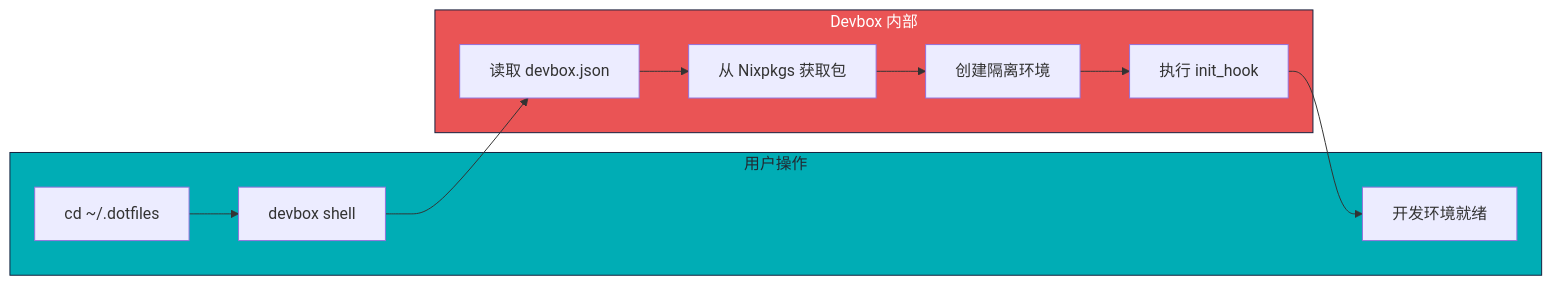
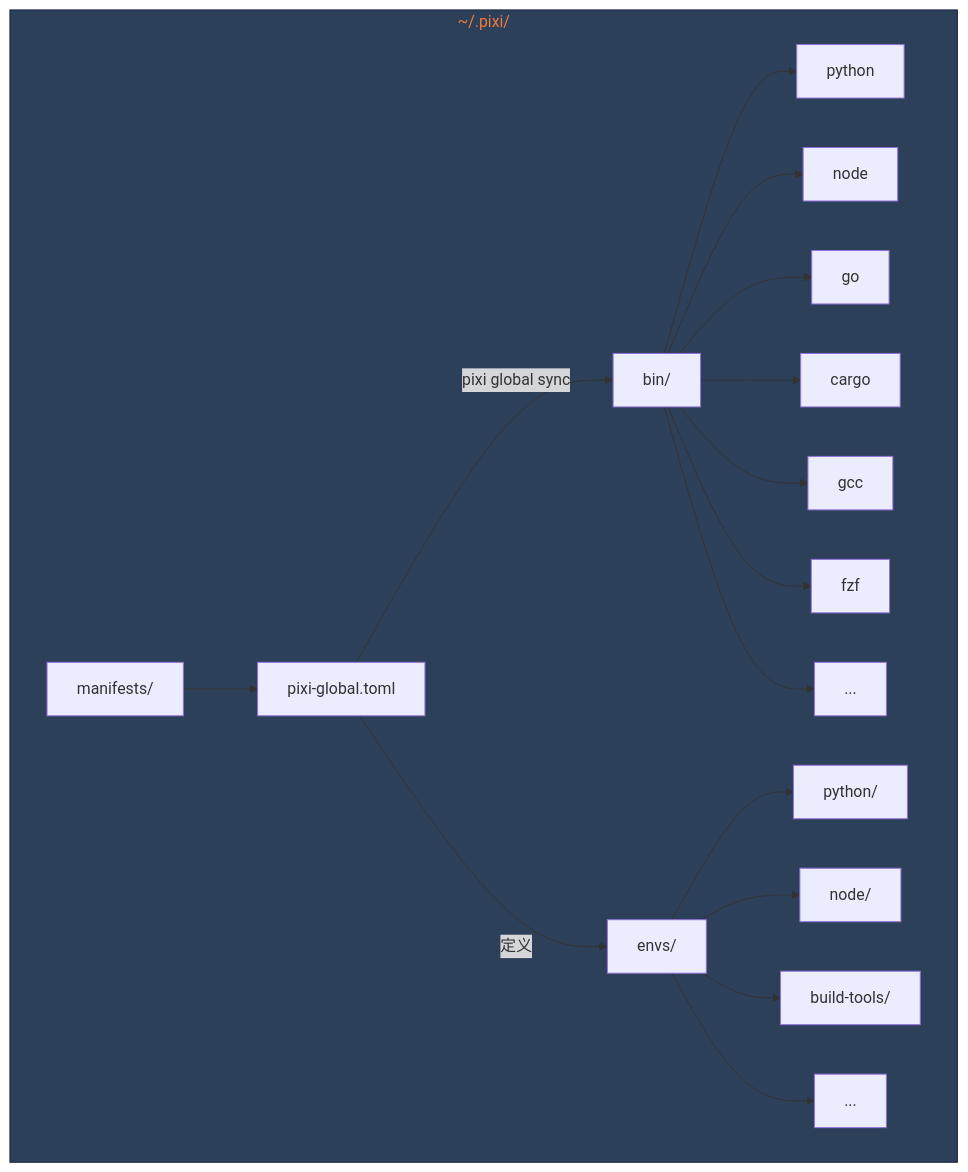
Before and after one commit to Learner-Geek-Perfectionist/Dotfiles: the fifth of 5 diagrams in docs/flowchart.md, drawn with Mermaid. The commit also changed other lines of this file and 1 other file, not shown here.

````diff
--- a/docs/flowchart.md
+++ b/docs/flowchart.md
@@ -179,25 +178,24 @@
 ```mermaid
-flowchart LR
-    subgraph User["用户操作"]
-        A[cd ~/.dotfiles]
-        B[devbox shell]
-        C[开发环境就绪]
+graph TB
+    subgraph Pixi["~/.pixi/"]
+        A[bin/] --> A1[python]
+        A --> A2[node]
+        A --> A3[go]
+        A --> A4[cargo]
+        A --> A5[gcc]
+        A --> A6[fzf]
+        A --> A7[...]
+        
+        B[manifests/] --> B1[pixi-global.toml]
+        
+        C[envs/] --> C1[python/]
+        C --> C2[node/]
+        C --> C3[build-tools/]
+        C --> C4[...]
     end
 
-    subgraph Devbox["Devbox 内部"]
-        D[读取 devbox.json]
-        E[从 Nixpkgs 获取包]
-        F[创建隔离环境]
-        G[执行 init_hook]
-    end
+    B1 -->|pixi global sync| A
+    B1 -->|定义| C
 
-    A --> B
-    B --> D
-    D --> E
-    E --> F
-    F --> G
-    G --> C
-
-    style User fill:#00adb5,stroke:#16213e,color:#222831
-    style Devbox fill:#ea5455,stroke:#16213e,color:#fff
+    style Pixi fill:#2d4059,stroke:#16213e,color:#f07b3f
 ```
````
